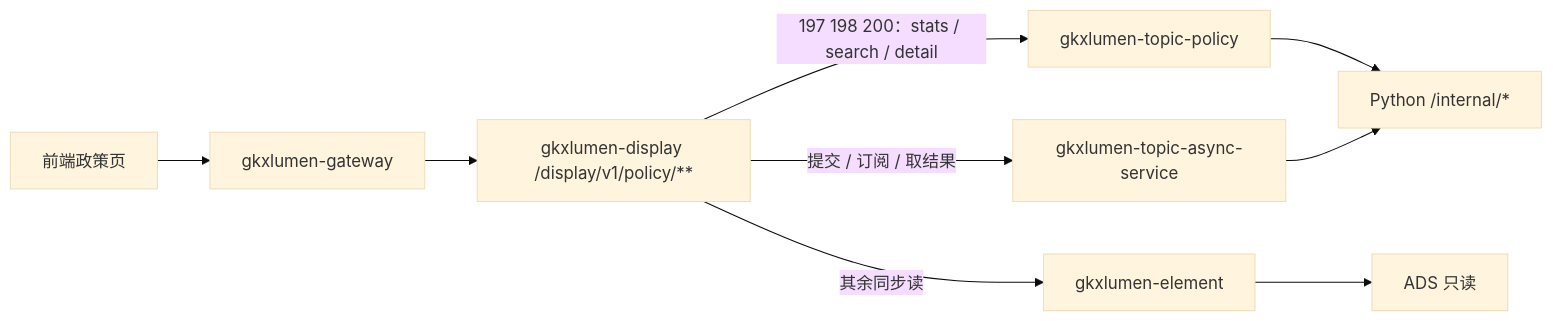
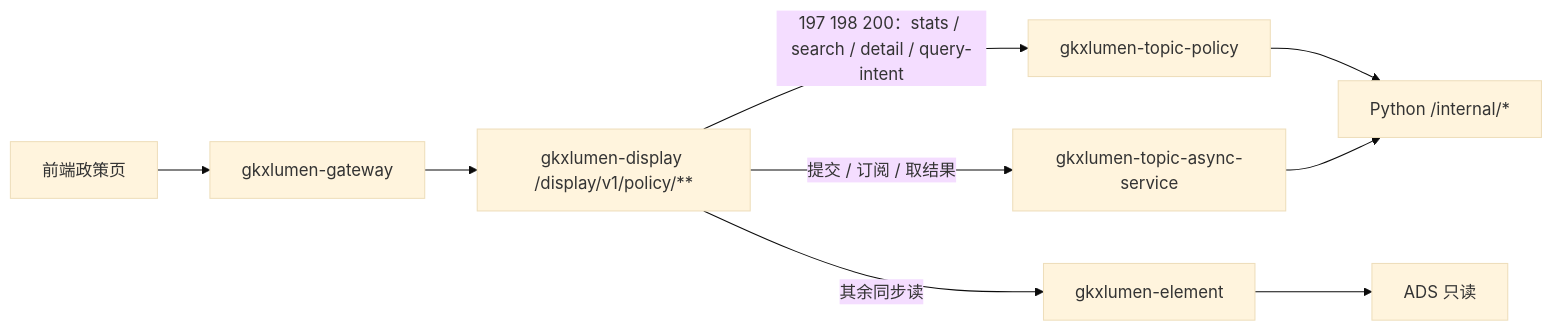
One commit to Marisolebxf/- changed the diagram in agent-delivery/agent-handoffs/科技政策跟踪-POL/sdd/调用链与边界.md. Above: the diagram before and after it, drawn with Mermaid (base theme). The commit also changed other lines of this file and 8 other files, not shown here.

First line of the commit message:
docs(policy): QRY 智能检索 query-intent 契约补齐 [agent:frontend-agent]

````diff
--- a/agent-delivery/agent-handoffs/科技政策跟踪-POL/sdd/调用链与边界.md
+++ b/agent-delivery/agent-handoffs/科技政策跟踪-POL/sdd/调用链与边界.md
@@ -16,15 +16,15 @@
 ```mermaid
 flowchart LR
   fe["前端政策页"]
   gw["gkxlumen-gateway"]
   bff["gkxlumen-display /display/v1/policy/**"]
   tp["gkxlumen-topic-policy"]
   el["gkxlumen-element"]
   ads["ADS 只读"]
   async["gkxlumen-topic-async-service"]
   py["Python /internal/*"]
   fe --> gw --> bff
-  bff -->|"197 198 200：stats / search / detail"| tp --> py
+  bff -->|"197 198 200：stats / search / detail / query-intent"| tp --> py
   bff -->|"其余同步读"| el --> ads
   bff -->|"提交 / 订阅 / 取结果"| async --> py
 ```
````
